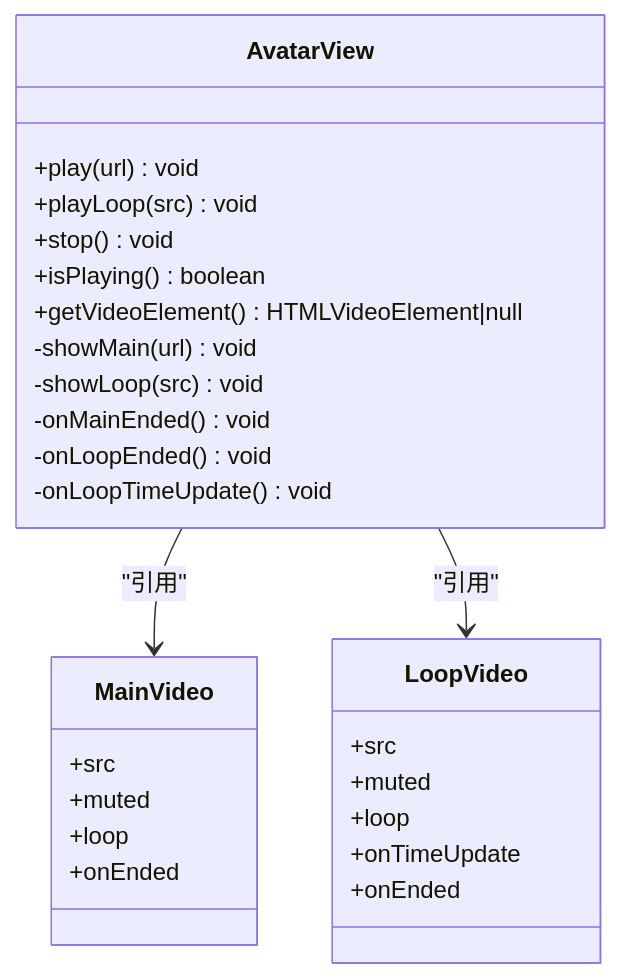
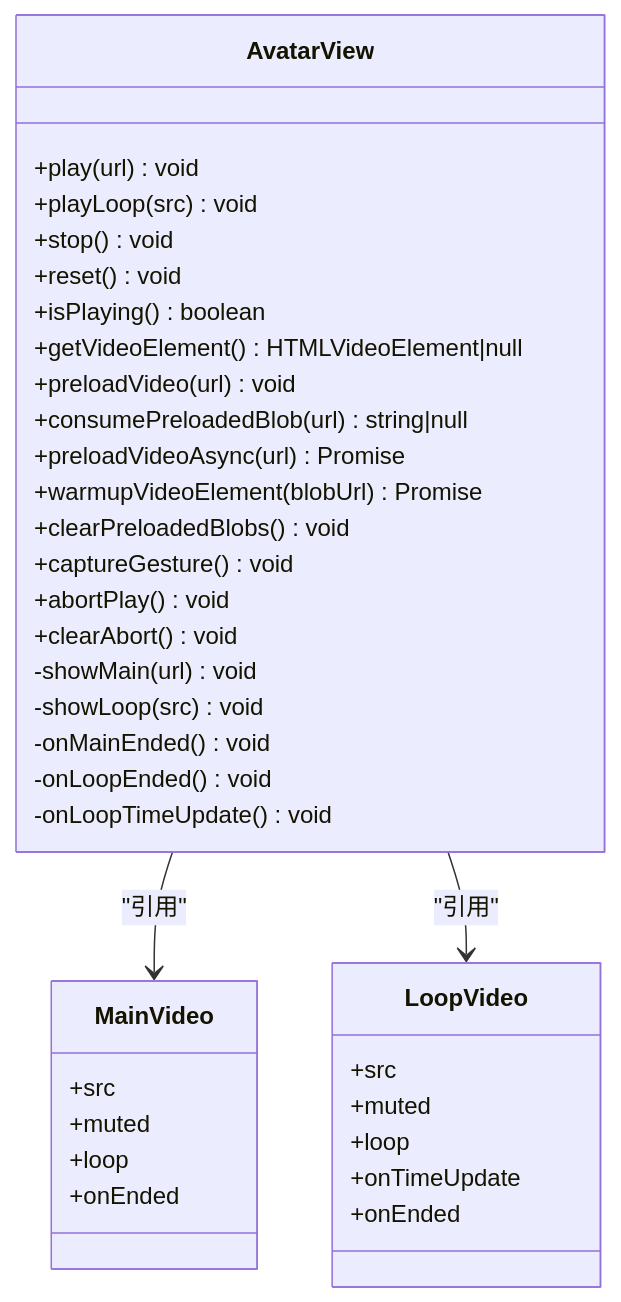
One commit to leo21cn/real-time-talk changed the fourth of 6 diagrams in .qoder/repowiki/zh/content/前端应用/React 组件架构.md. Above: the diagram before and after it, drawn with Mermaid. The commit also changed other lines of this file and 5 other files, not shown here.

````diff
--- a/.qoder/repowiki/zh/content/前端应用/React 组件架构.md
+++ b/.qoder/repowiki/zh/content/前端应用/React 组件架构.md
@@ -188,30 +200,39 @@
 ```mermaid
 classDiagram
 class AvatarView {
 +play(url) void
 +playLoop(src) void
 +stop() void
++reset() void
 +isPlaying() boolean
 +getVideoElement() HTMLVideoElement|null
++preloadVideo(url) void
++consumePreloadedBlob(url) string|null
++preloadVideoAsync(url) Promise<string|null>
++warmupVideoElement(blobUrl) Promise<void>
++clearPreloadedBlobs() void
++captureGesture() void
++abortPlay() void
++clearAbort() void
 -showMain(url) void
 -showLoop(src) void
 -onMainEnded() void
 -onLoopEnded() void
 -onLoopTimeUpdate() void
 }
 class MainVideo {
 +src
 +muted
 +loop
 +onEnded
 }
 class LoopVideo {
 +src
 +muted
 +loop
 +onTimeUpdate
 +onEnded
 }
 AvatarView --> MainVideo : "引用"
 AvatarView --> LoopVideo : "引用"
 ```
````
